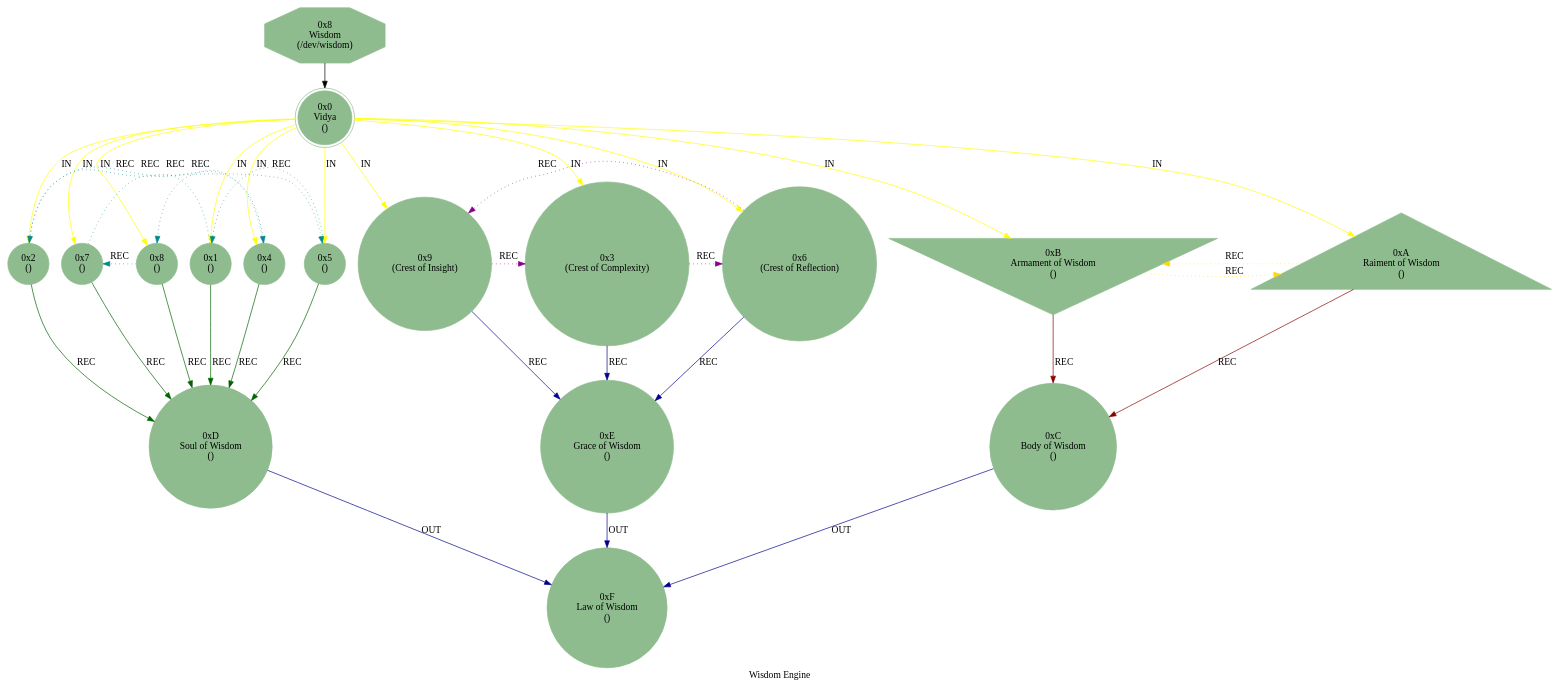
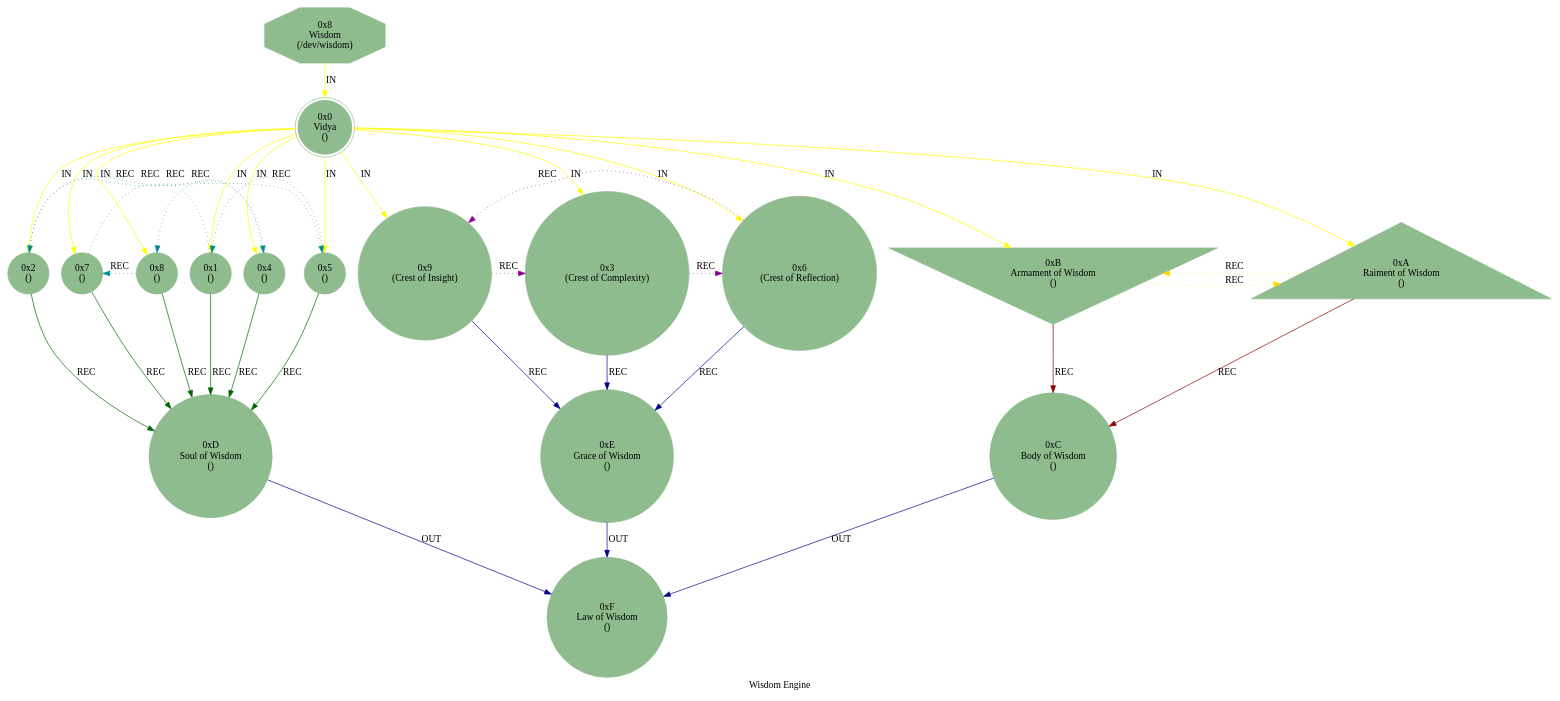
The diagram in src/core/mythos_dev_wisdom.dot (cilang/mythos), drawn with Graphviz before and after one commit. The commit also changed 17 other files, not shown here.

```diff
--- a/src/core/mythos_dev_wisdom.dot
+++ b/src/core/mythos_dev_wisdom.dot
@@ -1,43 +1,42 @@
 strict digraph G {
     label = "Wisdom Engine";
     style = filled;
     color = blue;
     comment = "";
     node [shape = polygon; sides = 8; style = filled; color = darkseagreen;];
     
     spark_8_mythos_t [label = "0x8\nWisdom\n(/dev/wisdom)";];
     
     spark_0_wisdom_t [label = "0x0\nVidya\n()";shape = doublecircle;comment = "";];
     spark_1_wisdom_t [label = "0x1\n()";shape = circle;comment = "";];
     spark_2_wisdom_t [label = "0x2\n()";shape = circle;comment = "";];
     spark_3_wisdom_t [label = "0x3\n(Crest of Complexity)";shape = circle;comment = "";];
     spark_4_wisdom_t [label = "0x4\n()";shape = circle;comment = "";];
     spark_5_wisdom_t [label = "0x5\n()";shape = circle;comment = "";];
     spark_6_wisdom_t [label = "0x6\n(Crest of Reflection)";shape = circle;comment = "";];
     spark_7_wisdom_t [label = "0x7\n()";shape = circle;comment = "";];
     spark_8_wisdom_t [label = "0x8\n()";shape = circle;comment = "";];
     spark_9_wisdom_t [label = "0x9\n(Crest of Insight)";shape = circle;comment = "";];
     spark_a_wisdom_t [label = "0xA\nRaiment of Wisdom\n()";shape = triangle;comment = "";];
     spark_b_wisdom_t [label = "0xB\nArmament of Wisdom\n()";shape = invtriangle;comment = "";];
     spark_c_wisdom_t [label = "0xC\nBody of Wisdom\n()";shape = circle;comment = "";];
     spark_d_wisdom_t [label = "0xD\nSoul of Wisdom\n()";shape = circle;comment = "";];
     spark_e_wisdom_t [label = "0xE\nGrace of Wisdom\n()";shape = circle;comment = "";];
     spark_f_wisdom_t [label = "0xF\nLaw of Wisdom\n()";shape = circle;comment = "";];
     
     // Wisdom
-    spark_8_mythos_t -> spark_0_wisdom_t;
     // IN = Input
     // OUT = Output
     // REC = Recursion
-    spark_0_wisdom_t -> {spark_a_wisdom_t spark_b_wisdom_t spark_1_wisdom_t spark_2_wisdom_t spark_3_wisdom_t spark_4_wisdom_t spark_5_wisdom_t spark_6_wisdom_t spark_7_wisdom_t spark_8_wisdom_t spark_9_wisdom_t} [label = "IN"; color = yellow; comment = "";];
+    spark_8_mythos_t -> spark_0_wisdom_t -> {spark_a_wisdom_t spark_b_wisdom_t spark_1_wisdom_t spark_2_wisdom_t spark_3_wisdom_t spark_4_wisdom_t spark_5_wisdom_t spark_6_wisdom_t spark_7_wisdom_t spark_8_wisdom_t spark_9_wisdom_t} [label = "IN"; color = yellow; comment = "";];
     
     {spark_a_wisdom_t spark_b_wisdom_t} -> spark_c_wisdom_t [label = "REC"; color = darkred; comment = "";];
     {spark_1_wisdom_t spark_2_wisdom_t spark_4_wisdom_t spark_8_wisdom_t spark_7_wisdom_t spark_5_wisdom_t} -> spark_d_wisdom_t [label = "REC"; color = darkgreen; comment = "";];
     {spark_3_wisdom_t spark_6_wisdom_t spark_9_wisdom_t} -> spark_e_wisdom_t [label = "REC"; color = darkblue; comment = "";];
     
     spark_1_wisdom_t -> spark_2_wisdom_t -> spark_4_wisdom_t -> spark_8_wisdom_t -> spark_7_wisdom_t -> spark_5_wisdom_t -> spark_1_wisdom_t [label = "REC"; color = darkcyan; comment = ""; style = dotted; constraint = false;];
     spark_3_wisdom_t -> spark_6_wisdom_t -> spark_9_wisdom_t -> spark_3_wisdom_t [label = "REC"; color = darkmagenta; comment = ""; style = dotted; constraint = false;];
     spark_a_wisdom_t -> spark_b_wisdom_t -> spark_a_wisdom_t [label = "REC"; color = gold; comment = ""; style = dotted; constraint = false;];
     
     {spark_c_wisdom_t spark_d_wisdom_t spark_e_wisdom_t} -> spark_f_wisdom_t [label = "OUT"; color = darkblue; comment = "";];
 }
```
